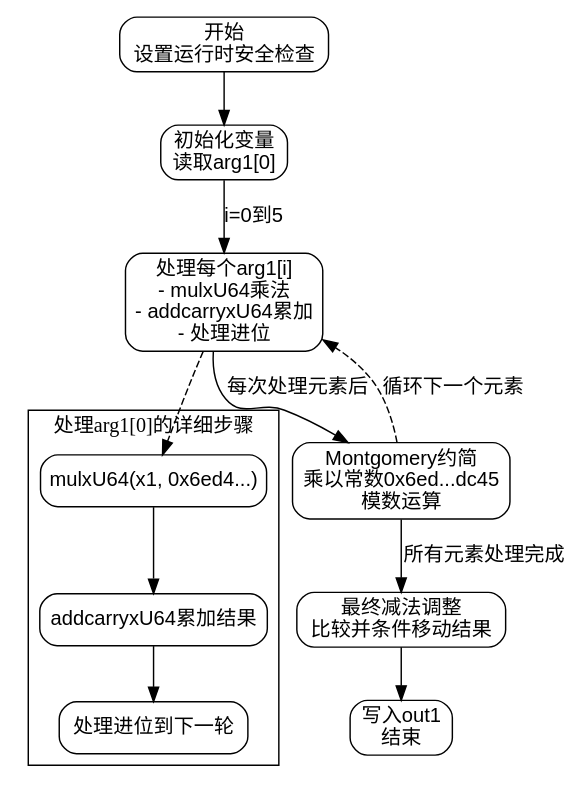
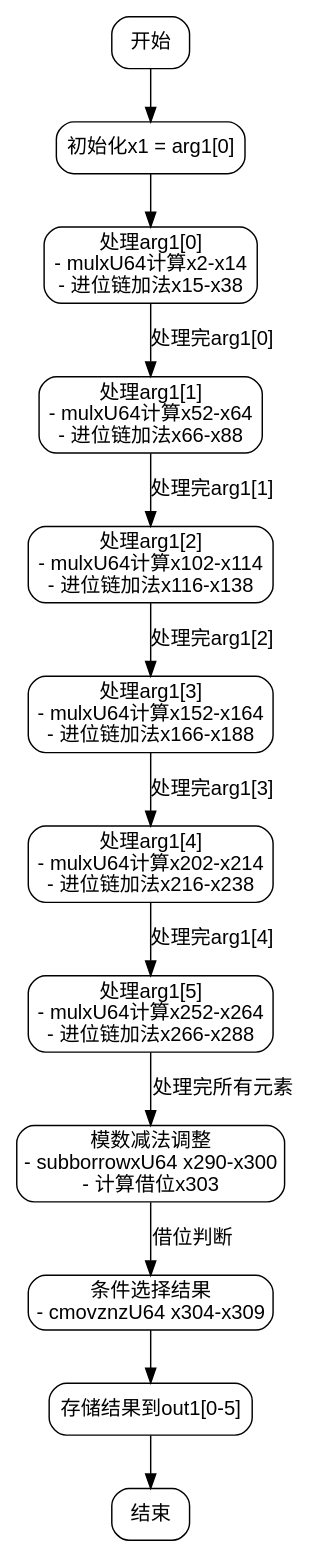
The diagram in dot_std/crypto/pcurves/p384/p384_scalar_64.zig.fromMontgomery.md (sdzx-1/deepseek-zig-reader), drawn with Graphviz before and after one commit. The commit also changed other lines of this file and 236 other files, not shown here.

````diff
--- a/dot_std/crypto/pcurves/p384/p384_scalar_64.zig.fromMontgomery.md
+++ b/dot_std/crypto/pcurves/p384/p384_scalar_64.zig.fromMontgomery.md
@@ -34,32 +31,31 @@
-```dot
+```graphviz
 digraph flowchart {
-    node [shape=rectangle, style=rounded, fontname=Arial];
-    edge [fontname=Arial];
+    node [shape=rectangle, style="rounded", fontname="Arial"];
+    edge [fontname="Arial"];
 
-    start [label="开始\n设置运行时安全检查"];
-    init [label="初始化变量\n读取arg1[0]"];
-    process_element [label="处理每个arg1[i]\n- mulxU64乘法\n- addcarryxU64累加\n- 处理进位"];
-    montgomery_reduce [label="Montgomery约简\n乘以常数0x6ed...dc45\n模数运算"];
-    final_sub [label="最终减法调整\n比较并条件移动结果"];
-    end [label="写入out1\n结束"];
+    start [label="开始"];
+    init [label="初始化x1 = arg1[0]"];
+    process_element_0 [label="处理arg1[0]\n- mulxU64计算x2-x14\n- 进位链加法x15-x38"];
+    process_element_1 [label="处理arg1[1]\n- mulxU64计算x52-x64\n- 进位链加法x66-x88"];
+    process_element_2 [label="处理arg1[2]\n- mulxU64计算x102-x114\n- 进位链加法x116-x138"];
+    process_element_3 [label="处理arg1[3]\n- mulxU64计算x152-x164\n- 进位链加法x166-x188"];
+    process_element_4 [label="处理arg1[4]\n- mulxU64计算x202-x214\n- 进位链加法x216-x238"];
+    process_element_5 [label="处理arg1[5]\n- mulxU64计算x252-x264\n- 进位链加法x266-x288"];
+    subtract_modulus [label="模数减法调整\n- subborrowxU64 x290-x300\n- 计算借位x303"];
+    cmov_operations [label="条件选择结果\n- cmovznzU64 x304-x309"];
+    store_result [label="存储结果到out1[0-5]"];
+    end [label="结束"];
 
     start -> init;
-    init -> process_element [label="i=0到5"];
-    process_element -> montgomery_reduce [label="每次处理元素后"];
-    montgomery_reduce -> process_element [label="循环下一个元素" style=dashed];
-    montgomery_reduce -> final_sub [label="所有元素处理完成"];
-    final_sub -> end;
-    
-    // 详细子过程（示例：arg1[0]处理）
-    subgraph cluster_0 {
-        label="处理arg1[0]的详细步骤";
-        mul1 [label="mulxU64(x1, 0x6ed4...)"];
-        add1 [label="addcarryxU64累加结果"];
-        carry1 [label="处理进位到下一轮"];
-        mul1 -> add1 -> carry1;
-    }
-    
-    // 连接主流程与子过程
-    process_element -> mul1 [lhead=cluster_0 style=dashed];
+    init -> process_element_0;
+    process_element_0 -> process_element_1 [label="处理完arg1[0]"];
+    process_element_1 -> process_element_2 [label="处理完arg1[1]"];
+    process_element_2 -> process_element_3 [label="处理完arg1[2]"];
+    process_element_3 -> process_element_4 [label="处理完arg1[3]"];
+    process_element_4 -> process_element_5 [label="处理完arg1[4]"];
+    process_element_5 -> subtract_modulus [label="处理完所有元素"];
+    subtract_modulus -> cmov_operations [label="借位判断"];
+    cmov_operations -> store_result;
+    store_result -> end;
 }
 ```
````
